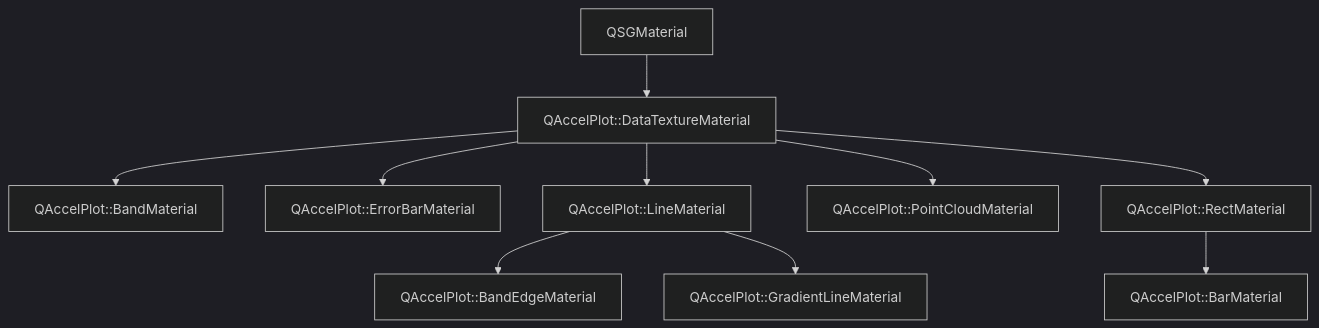
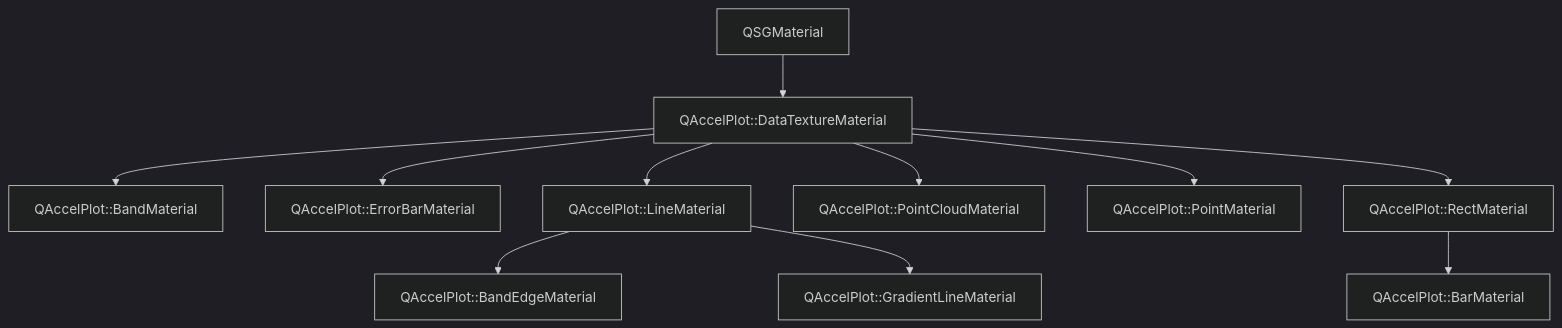
Before and after one commit to michalgrabarczyk/QAccelPlot: the diagram in main/assets/.doxy/QAccelPlot/api/classQAccelPlot_1_1DataTextureMaterial.md, drawn with Mermaid (dark theme). The commit also changed other lines of this file and 85 other files, not shown here.

````diff
--- a/main/assets/.doxy/QAccelPlot/api/classQAccelPlot_1_1DataTextureMaterial.md
+++ b/main/assets/.doxy/QAccelPlot/api/classQAccelPlot_1_1DataTextureMaterial.md
@@ -32,40 +32,44 @@
 ```mermaid
 flowchart TB
   classQAccelPlot_1_1DataTextureMaterial["QAccelPlot::DataTextureMaterial"]
 
   external_base_classQAccelPlot_1_1DataTextureMaterial_1["QSGMaterial"]
   external_base_classQAccelPlot_1_1DataTextureMaterial_1 --> classQAccelPlot_1_1DataTextureMaterial
 
   classQAccelPlot_1_1BandMaterial["QAccelPlot::BandMaterial"]
   classQAccelPlot_1_1DataTextureMaterial --> classQAccelPlot_1_1BandMaterial
   click classQAccelPlot_1_1BandMaterial "../classQAccelPlot_1_1BandMaterial/" "Open QAccelPlot::BandMaterial"
 
   classQAccelPlot_1_1ErrorBarMaterial["QAccelPlot::ErrorBarMaterial"]
   classQAccelPlot_1_1DataTextureMaterial --> classQAccelPlot_1_1ErrorBarMaterial
   click classQAccelPlot_1_1ErrorBarMaterial "../classQAccelPlot_1_1ErrorBarMaterial/" "Open QAccelPlot::ErrorBarMaterial"
 
   classQAccelPlot_1_1LineMaterial["QAccelPlot::LineMaterial"]
   classQAccelPlot_1_1DataTextureMaterial --> classQAccelPlot_1_1LineMaterial
   click classQAccelPlot_1_1LineMaterial "../classQAccelPlot_1_1LineMaterial/" "Open QAccelPlot::LineMaterial"
 
   classQAccelPlot_1_1BandEdgeMaterial["QAccelPlot::BandEdgeMaterial"]
   classQAccelPlot_1_1LineMaterial --> classQAccelPlot_1_1BandEdgeMaterial
   click classQAccelPlot_1_1BandEdgeMaterial "../classQAccelPlot_1_1BandEdgeMaterial/" "Open QAccelPlot::BandEdgeMaterial"
 
   classQAccelPlot_1_1GradientLineMaterial["QAccelPlot::GradientLineMaterial"]
   classQAccelPlot_1_1LineMaterial --> classQAccelPlot_1_1GradientLineMaterial
   click classQAccelPlot_1_1GradientLineMaterial "../classQAccelPlot_1_1GradientLineMaterial/" "Open QAccelPlot::GradientLineMaterial"
 
   classQAccelPlot_1_1PointCloudMaterial["QAccelPlot::PointCloudMaterial"]
   classQAccelPlot_1_1DataTextureMaterial --> classQAccelPlot_1_1PointCloudMaterial
   click classQAccelPlot_1_1PointCloudMaterial "../classQAccelPlot_1_1PointCloudMaterial/" "Open QAccelPlot::PointCloudMaterial"
 
+  classQAccelPlot_1_1PointMaterial["QAccelPlot::PointMaterial"]
+  classQAccelPlot_1_1DataTextureMaterial --> classQAccelPlot_1_1PointMaterial
+  click classQAccelPlot_1_1PointMaterial "../classQAccelPlot_1_1PointMaterial/" "Open QAccelPlot::PointMaterial"
+
   classQAccelPlot_1_1RectMaterial["QAccelPlot::RectMaterial"]
   classQAccelPlot_1_1DataTextureMaterial --> classQAccelPlot_1_1RectMaterial
   click classQAccelPlot_1_1RectMaterial "../classQAccelPlot_1_1RectMaterial/" "Open QAccelPlot::RectMaterial"
 
   classQAccelPlot_1_1BarMaterial["QAccelPlot::BarMaterial"]
   classQAccelPlot_1_1RectMaterial --> classQAccelPlot_1_1BarMaterial
   click classQAccelPlot_1_1BarMaterial "../classQAccelPlot_1_1BarMaterial/" "Open QAccelPlot::BarMaterial"
 
 ```
````
